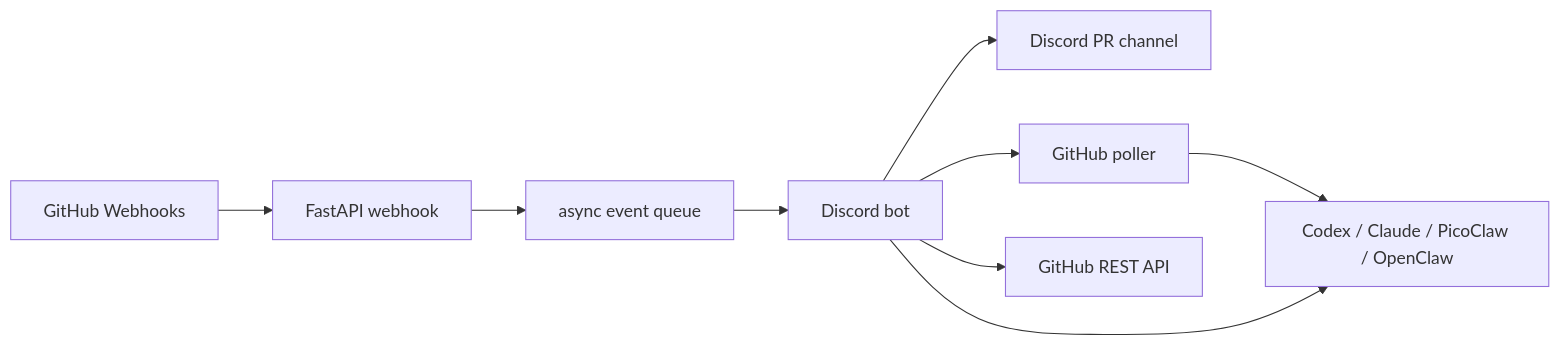
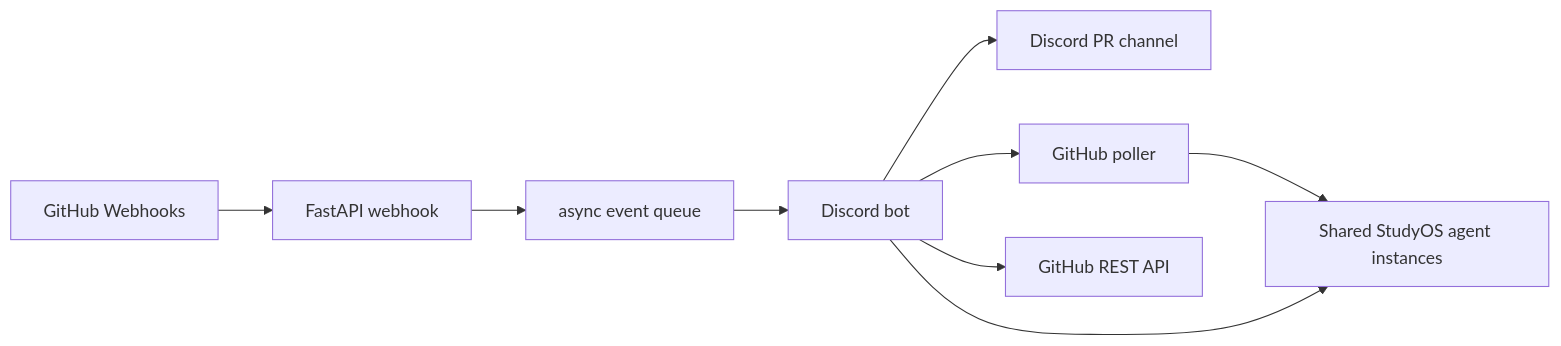
One commit to SebastianBoehler/StudyOS-Agent-Gateway changed the diagram in README.md. Above: the diagram before and after it, drawn with Mermaid. The commit also changed other lines of this file and 12 other files, not shown here.

Commit message:
docs: rebrand as StudyOS Discord Agent

````diff
--- a/README.md
+++ b/README.md
@@ -33,11 +37,11 @@
 ```mermaid
 flowchart LR
     GitHub["GitHub Webhooks"] --> API["FastAPI webhook"]
     API --> Queue["async event queue"]
     Queue --> Bot["Discord bot"]
     Bot --> Channel["Discord PR channel"]
     Bot --> Poller["GitHub poller"]
     Poller --> Agent
     Bot --> GitHubAPI["GitHub REST API"]
-    Bot --> Agent["Codex / Claude / PicoClaw / OpenClaw"]
+    Bot --> Agent["Shared StudyOS agent instances"]
 ```
````
